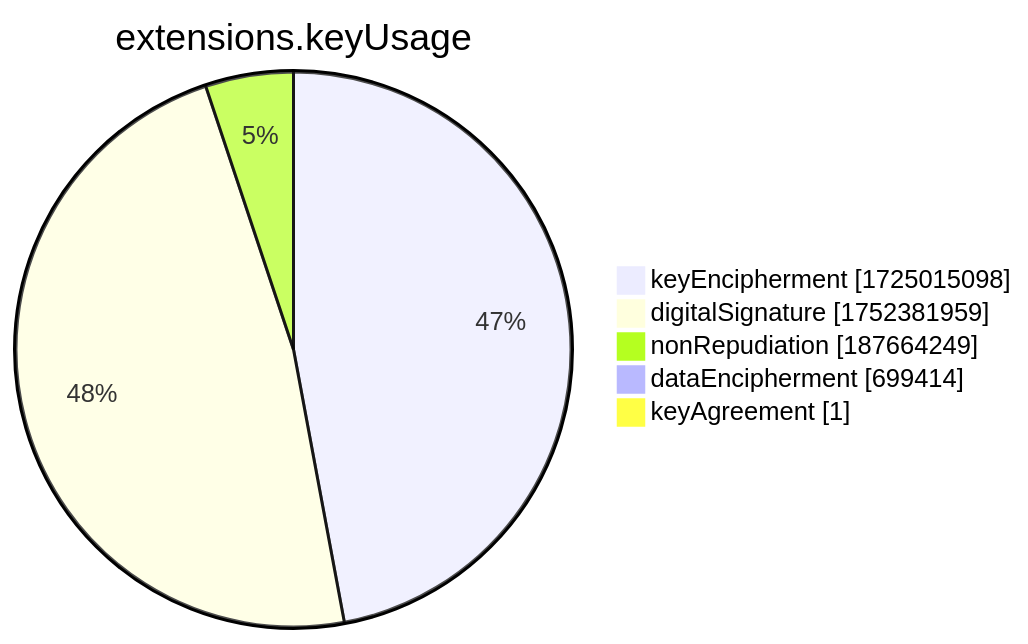
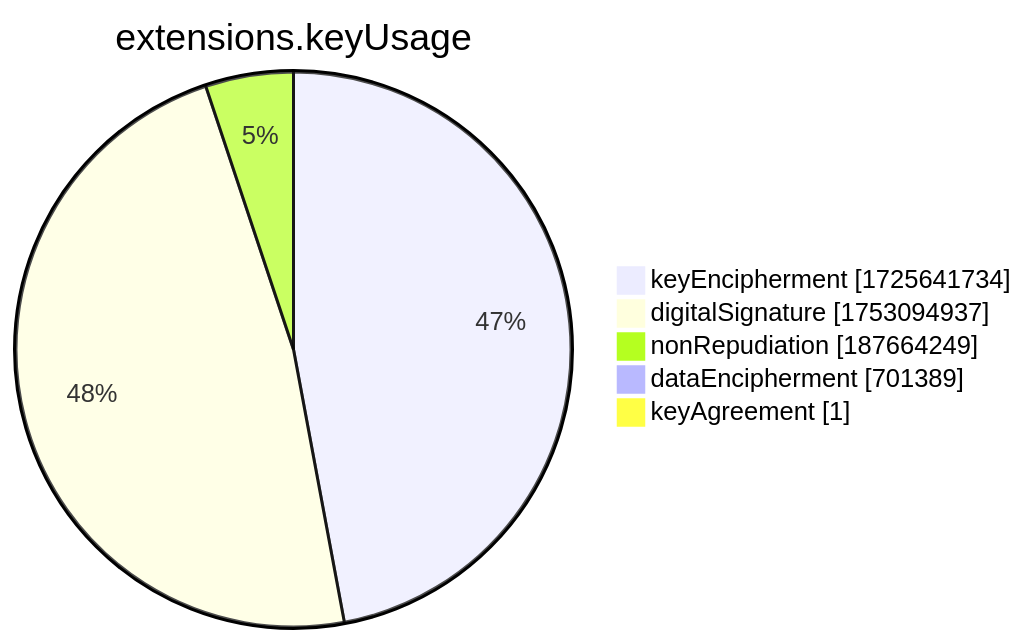
One commit to christiankrug/ctmonitor_visualization changed the seventh of 15 diagrams in xenon2022/README.md. Above: the diagram before and after it, drawn with Mermaid. The commit also changed other lines of this file, not shown here.

````diff
--- a/xenon2022/README.md
+++ b/xenon2022/README.md
@@ -2859,9 +2859,9 @@
 ```mermaid
 pie showData
 title extensions.keyUsage
-"keyEncipherment" :1725015098
-"digitalSignature" :1752381959
+"keyEncipherment" :1725641734
+"digitalSignature" :1753094937
 "nonRepudiation" :187664249
-"dataEncipherment" :699414
+"dataEncipherment" :701389
 "keyAgreement" :1
 ```
````
